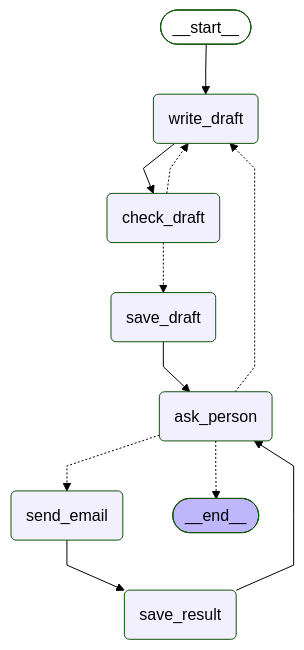
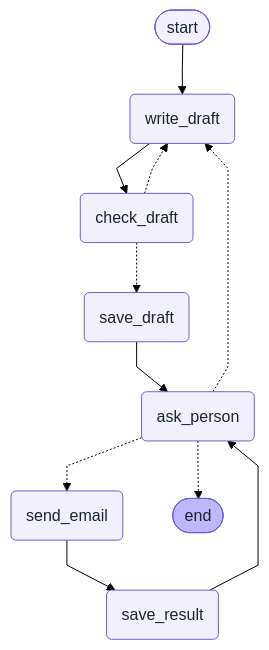
The fourth of 7 diagrams in docs/architecture/LumenAI_Workflows_From_Code.md (AKSShan10/LumenAi), drawn with Mermaid (forest theme) before and after one commit. The commit also changed other lines of this file and 18 other files, not shown here.

````diff
--- a/docs/architecture/LumenAI_Workflows_From_Code.md
+++ b/docs/architecture/LumenAI_Workflows_From_Code.md
@@ -130,29 +130,29 @@
 ```mermaid
 ---
 config:
   flowchart:
     curve: linear
 ---
 graph TD;
-	__start__([<p>__start__</p>]):::first
+	__start__([start]):::first
 	write_draft(write_draft)
 	check_draft(check_draft)
 	save_draft(save_draft)
 	ask_person(ask_person)
 	send_email(send_email)
 	save_result(save_result)
-	__end__([<p>__end__</p>]):::last
+	__end__([end]):::last
 	__start__ --> write_draft;
 	ask_person -.-> send_email;
 	ask_person -.-> write_draft;
 	check_draft -.-> save_draft;
 	check_draft -.-> write_draft;
 	save_draft --> ask_person;
 	save_result --> ask_person;
 	send_email --> save_result;
 	write_draft --> check_draft;
 	ask_person -.-> __end__;
-	classDef default fill:#f2f0ff,line-height:1.2
-	classDef first fill-opacity:0
-	classDef last fill:#bfb6fc
+	classDef default fill:#f2f0ff,stroke:#6b5fd6,color:#1c2434,line-height:1.2
+	classDef first fill:#f2f0ff,stroke:#6b5fd6,color:#1c2434
+	classDef last fill:#bfb6fc,stroke:#6b5fd6,color:#1c2434
 ```
````
